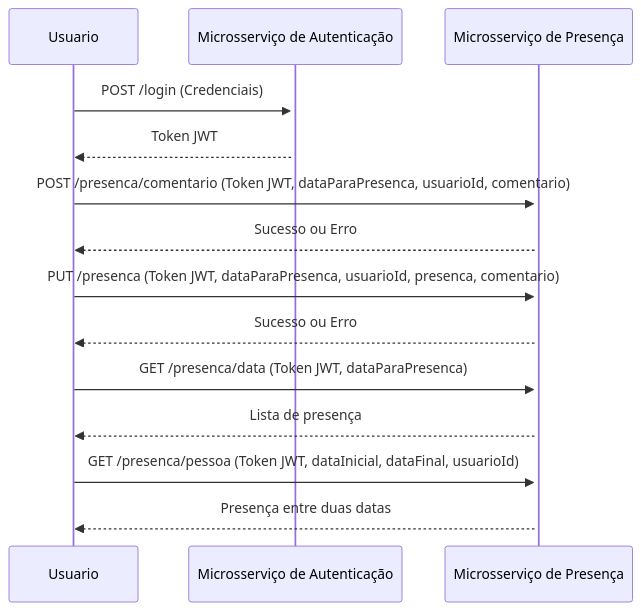
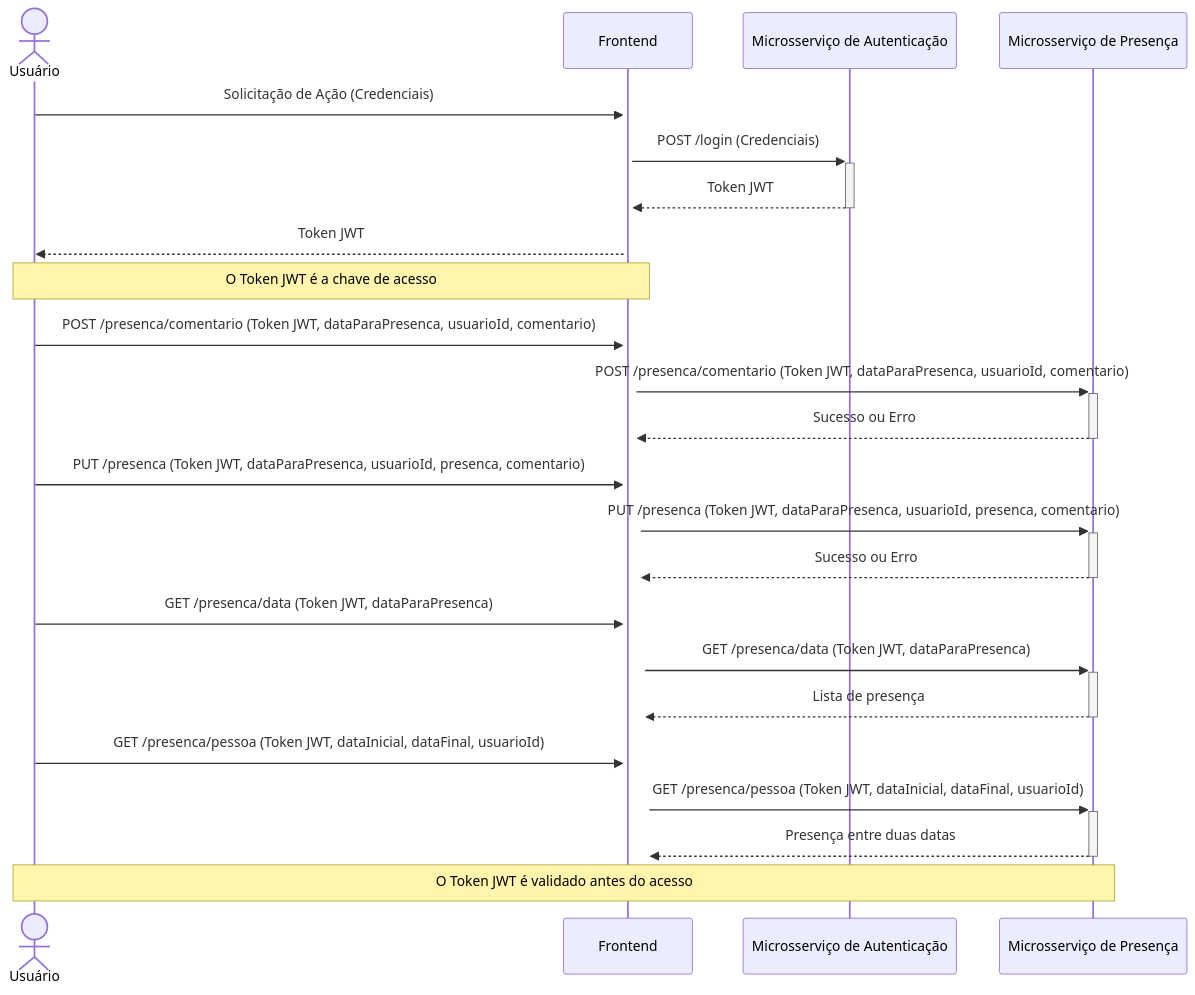
One commit to NEVES070305/sistema_presenca changed the diagram in doc_fluxe.md. Above: the diagram before and after it, drawn with Mermaid. The commit also changed other lines of this file, not shown here.

Commit message:
doc(doc_fluxe): changed type of diagram fluxe

````diff
--- a/doc_fluxe.md
+++ b/doc_fluxe.md
@@ -1,22 +3,33 @@
 ```mermaid
 sequenceDiagram
-    participant Usuario
-    participant AuthService as Microsserviço de Autenticação
-    participant PresencaService as Microsserviço de Presença
+    actor User as Usuário
+    participant Frontend as Frontend
+    participant AuthMicrosservice as Microsserviço de Autenticação
+    participant PresencaMicrosservice as Microsserviço de Presença
     
-    Usuario->>+AuthService: POST /login (Credenciais)
-    AuthService-->>Usuario: Token JWT
+    User->>+Frontend: Solicitação de Ação (Credenciais)
+    Frontend->>+AuthMicrosservice: POST /login (Credenciais)
+    AuthMicrosservice-->>-Frontend: Token JWT
+    Frontend-->>User: Token JWT
+    
+    note over User,Frontend: O Token JWT é a chave de acesso
+    
+    User->>+Frontend: POST /presenca/comentario (Token JWT, dataParaPresenca, usuarioId, comentario)
+    Frontend->>+PresencaMicrosservice: POST /presenca/comentario (Token JWT, dataParaPresenca, usuarioId, comentario)
+    PresencaMicrosservice-->>-Frontend: Sucesso ou Erro
 
-    Usuario->>+PresencaService: POST /presenca/comentario (Token JWT, dataParaPresenca, usuarioId, comentario)
-    PresencaService-->>Usuario: Sucesso ou Erro
+    User->>+Frontend: PUT /presenca (Token JWT, dataParaPresenca, usuarioId, presenca, comentario)
+    Frontend->>+PresencaMicrosservice: PUT /presenca (Token JWT, dataParaPresenca, usuarioId, presenca, comentario)
+    PresencaMicrosservice-->>-Frontend: Sucesso ou Erro
 
-    Usuario->>+PresencaService: PUT /presenca (Token JWT, dataParaPresenca, usuarioId, presenca, comentario)
-    PresencaService-->>Usuario: Sucesso ou Erro
+    User->>+Frontend: GET /presenca/data (Token JWT, dataParaPresenca)
+    Frontend->>+PresencaMicrosservice: GET /presenca/data (Token JWT, dataParaPresenca)
+    PresencaMicrosservice-->>-Frontend: Lista de presença
 
-    Usuario->>+PresencaService: GET /presenca/data (Token JWT, dataParaPresenca)
-    PresencaService-->>Usuario: Lista de presença
+    User->>+Frontend: GET /presenca/pessoa (Token JWT, dataInicial, dataFinal, usuarioId)
+    Frontend->>+PresencaMicrosservice: GET /presenca/pessoa (Token JWT, dataInicial, dataFinal, usuarioId)
+    PresencaMicrosservice-->>-Frontend: Presença entre duas datas
 
-    Usuario->>+PresencaService: GET /presenca/pessoa (Token JWT, dataInicial, dataFinal, usuarioId)
-    PresencaService-->>Usuario: Presença entre duas datas
+    note over User,PresencaMicrosservice: O Token JWT é validado antes do acesso
 
 ```
````
